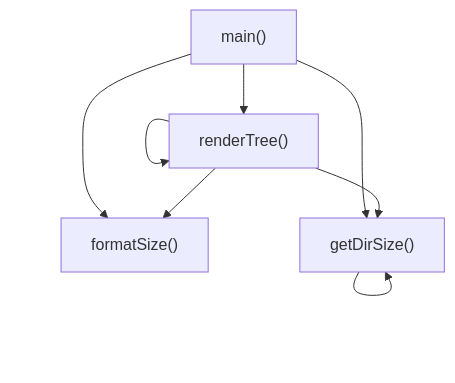
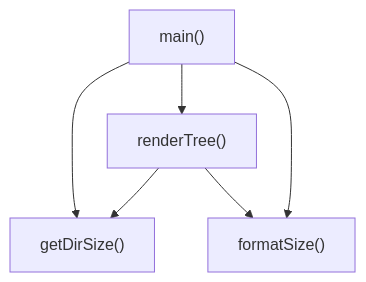
One commit to DovahkiinYuzuko/Easy-File-Size changed the diagram in docs/variables'n'functions/[JavaScript]index.md. Above: the diagram before and after it, drawn with Mermaid. The commit also changed other lines of this file, not shown here.

Commit message:
[docs] 仕様書のMermaidから自己再帰の依存関係記述を削除

````diff
--- a/docs/variables'n'functions/[JavaScript]index.md
+++ b/docs/variables'n'functions/[JavaScript]index.md
@@ -40,10 +40,8 @@
 ```mermaid
 graph TD
   main["main()"] --> getDirSize["getDirSize()"]
   main --> renderTree["renderTree()"]
   main --> formatSize["formatSize()"]
   renderTree --> getDirSize
   renderTree --> formatSize
-  renderTree --> renderTree
-  getDirSize --> getDirSize
 ```
````
